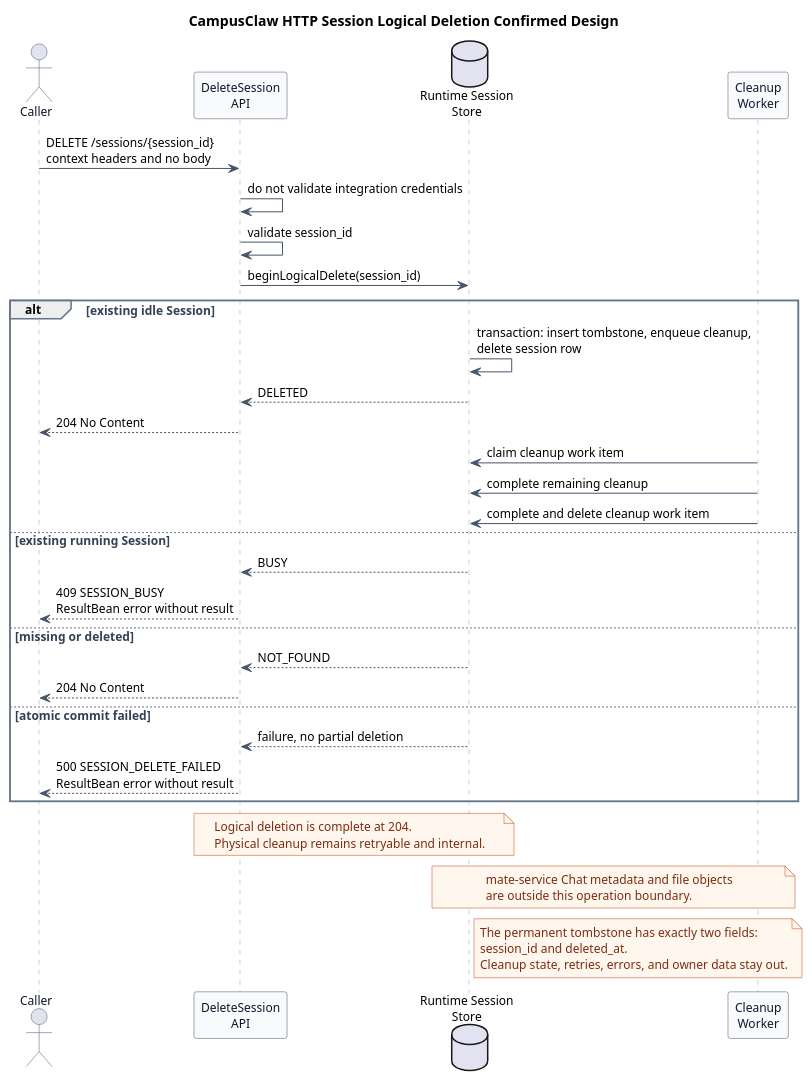
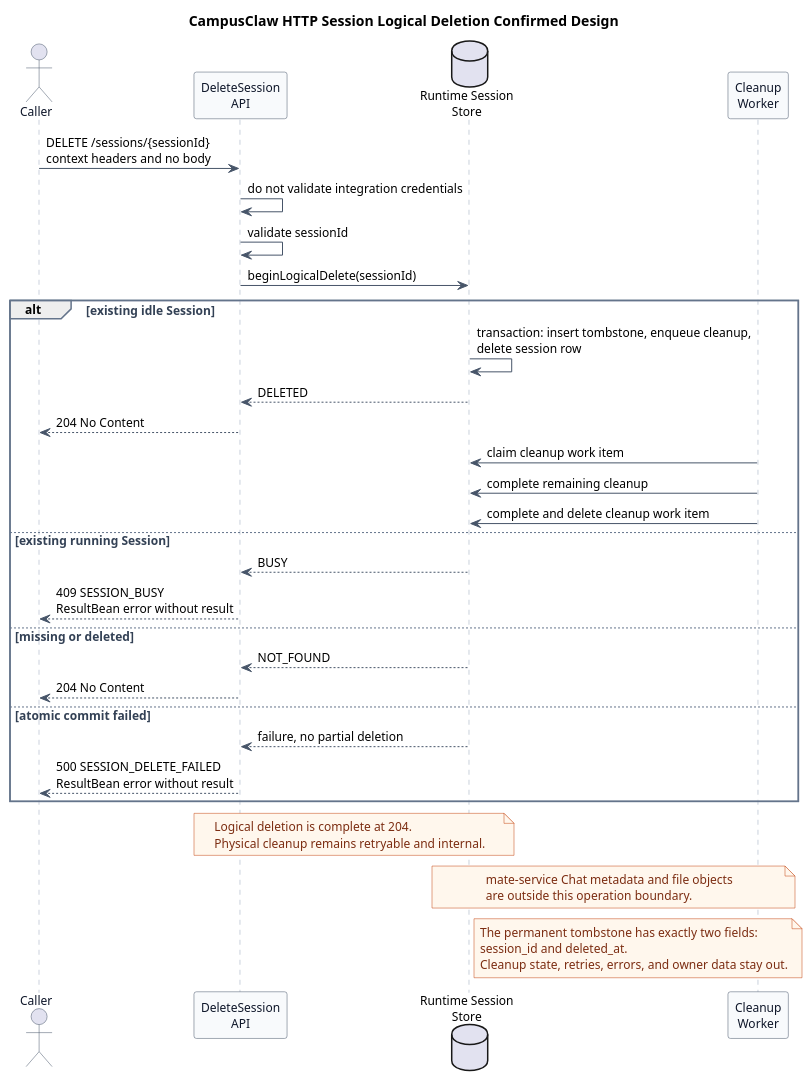
The third of 3 diagrams in pi-mono-java-manager-driven-multi-agent-runtime/diagrams/session-lifecycle/diagram.puml (ssm0808/pi-mono-java-design), drawn with PlantUML before and after one commit. The commit also changed other lines of this file and 35 other files, not shown here.

Commit message:
docs(runtime): 统一 HTTP 字段为 lowerCamelCase

```diff
--- a/pi-mono-java-manager-driven-multi-agent-runtime/diagrams/session-lifecycle/diagram.puml
+++ b/pi-mono-java-manager-driven-multi-agent-runtime/diagrams/session-lifecycle/diagram.puml
@@ -159,85 +167,89 @@
 @startuml http_delete_session
 title CampusClaw HTTP Session Logical Deletion Confirmed Design
 
 ' Source evidence (pi-mono 086c32e74530564922d011ade23ff582c9d63116):
 ' packages/coding-agent/src/core/agent-session.ts, AgentSession.dispose, lines 789-805
 ' packages/coding-agent/src/modes/interactive/components/session-selector.ts,
 ' deleteSessionFile, lines 598-630
 ' Source evidence (pi-mono-java 8691e8800f05f28afe22499050c29220ef5b7475):
 ' modules/coding-agent-cli/src/main/java/com/campusclaw/codingagent/runtimeapi/session/RuntimeSessionService.java, delete.
 ' modules/coding-agent-cli/src/main/java/com/campusclaw/codingagent/runtimeapi/persistence/MyBatisRuntimeSessionRepository.java, beginDeletion.
 ' modules/coding-agent-cli/src/main/java/com/campusclaw/codingagent/runtimeapi/session/SessionCleanupWorker.java.
+' Source evidence (pi-mono-java 304eda06ff603fc9b6bbcaad0c296cc151a7defb):
+' modules/coding-agent-cli/src/main/java/com/campusclaw/codingagent/runtimeapi/web/RuntimeSessionController.java, delete.
+' Observed behavior: the current Java delete path still names the variable session_id.
 ' Observed behavior: pi dispose stops active work and releases runtime resources, while
 ' interactive deletion removes the local JSONL file.
 ' Observed behavior: the implemented repository returns BUSY for a running session and does not abort it.
 ' Observed behavior: tombstone insertion, cleanup task insertion, and session deletion commit atomically.
 ' Architecture change: logical deletion and a durable cleanup work item replace local JSONL deletion.
+' Architecture change: the target HTTP path variable is sessionId; database column names remain snake_case.
 ' Product constraint: all Runtime operations carry integration-context headers without local validation.
 ' Design reason: the API becomes idempotent immediately without exposing cleanup-job state.
 
 skinparam backgroundColor #FFFFFF
 skinparam shadowing false
 skinparam defaultFontName Arial
 skinparam defaultFontSize 12
 skinparam sequence {
   ArrowColor #475569
   ActorBorderColor #475569
   ActorFontColor #0F172A
   LifeLineBorderColor #94A3B8
   LifeLineBackgroundColor #F8FAFC
   ParticipantBorderColor #475569
   ParticipantBackgroundColor #F8FAFC
   ParticipantFontColor #0F172A
   GroupBorderColor #64748B
   GroupFontColor #334155
 }
 skinparam note {
   BackgroundColor #FFF7ED
   BorderColor #C2410C
   FontColor #7C2D12
 }
 
 actor Caller
 participant "DeleteSession\nAPI" as API
 database "Runtime Session\nStore" as Store
 participant "Cleanup\nWorker" as Worker
 
-Caller -> API : DELETE /sessions/{session_id}\ncontext headers and no body
+Caller -> API : DELETE /sessions/{sessionId}\ncontext headers and no body
 API -> API : do not validate integration credentials
-API -> API : validate session_id
-API -> Store : beginLogicalDelete(session_id)
+API -> API : validate sessionId
+API -> Store : beginLogicalDelete(sessionId)
 
 alt existing idle Session
   Store -> Store : transaction: insert tombstone, enqueue cleanup,\ndelete session row
   Store --> API : DELETED
   API --> Caller : 204 No Content
   Worker -> Store : claim cleanup work item
   Worker -> Store : complete remaining cleanup
   Worker -> Store : complete and delete cleanup work item
 else existing running Session
   Store --> API : BUSY
   API --> Caller : 409 SESSION_BUSY\nResultBean error without result
 else missing or deleted
   Store --> API : NOT_FOUND
   API --> Caller : 204 No Content
 else atomic commit failed
   Store --> API : failure, no partial deletion
   API --> Caller : 500 SESSION_DELETE_FAILED\nResultBean error without result
 end
 
 note over API,Store
 Logical deletion is complete at 204.
 Physical cleanup remains retryable and internal.
 end note
 
 note over Store,Worker
 mate-service Chat metadata and file objects
 are outside this operation boundary.
 end note
 
 note right of Store
 The permanent tombstone has exactly two fields:
 session_id and deleted_at.
 Cleanup state, retries, errors, and owner data stay out.
 end note
 @enduml
```
